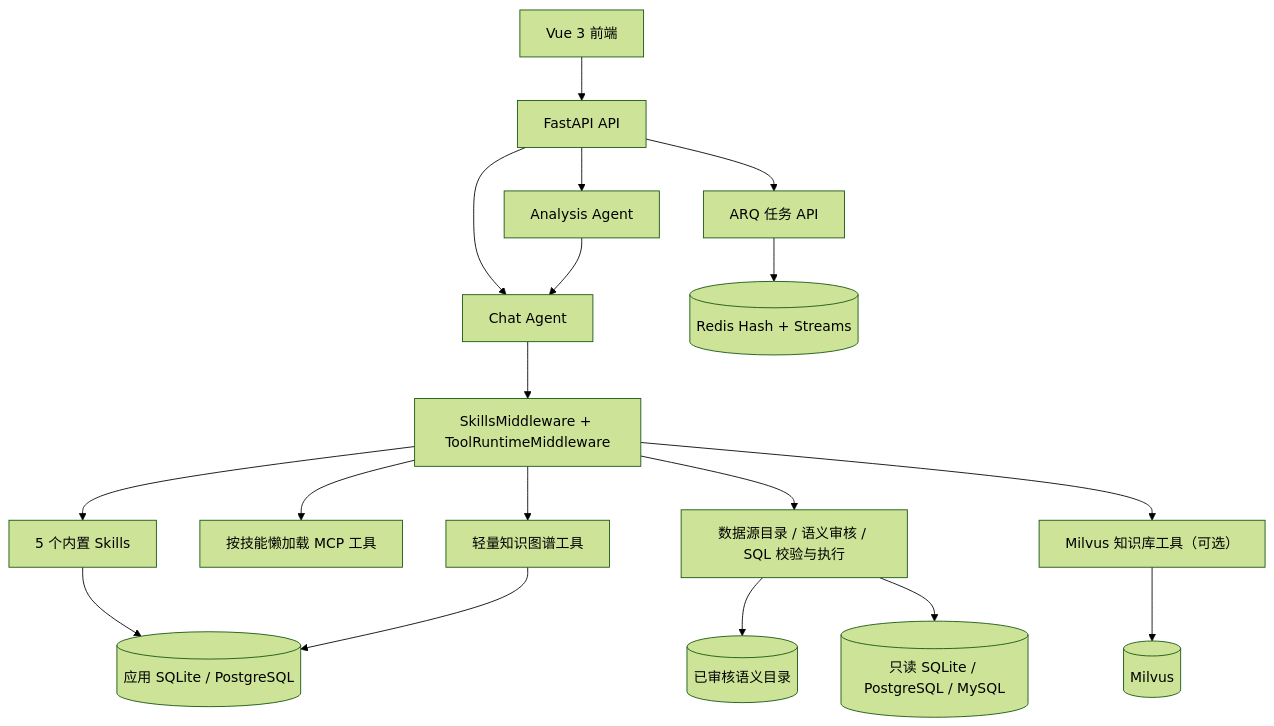
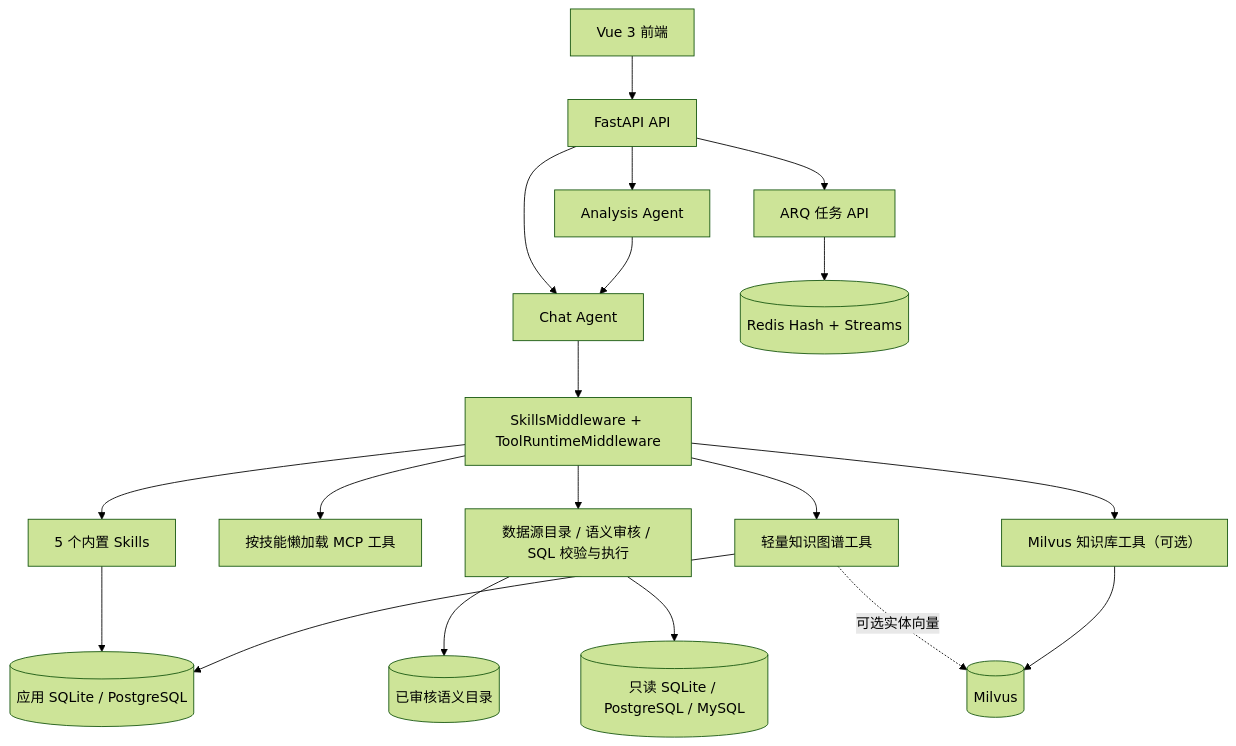
Before and after one commit to ysysn315/data-agent: the diagram in README.md, drawn with Mermaid (forest theme). The commit also changed other lines of this file and 36 other files, not shown here.

Commit message:
feat: 图谱平台化与作用域路径查询

````diff
--- a/README.md
+++ b/README.md
@@ -26,22 +26,23 @@
 ```mermaid
 flowchart TB
     UI["Vue 3 前端"] --> API["FastAPI API"]
     API --> CHAT["Chat Agent"]
     API --> ANALYSIS["Analysis Agent"]
     API --> TASKS["ARQ 任务 API"]
 
     CHAT --> MW["SkillsMiddleware + ToolRuntimeMiddleware"]
     ANALYSIS --> CHAT
     MW --> SKILLS["5 个内置 Skills"]
     MW --> MCP["按技能懒加载 MCP 工具"]
     MW --> SQL["数据源目录 / 语义审核 / SQL 校验与执行"]
     MW --> KB["Milvus 知识库工具（可选）"]
     MW --> GRAPH["轻量知识图谱工具"]
 
     TASKS --> REDIS[("Redis Hash + Streams")]
     SQL --> CATALOG[("已审核语义目录")]
     SQL --> BIZDB[("只读 SQLite / PostgreSQL / MySQL")]
     SKILLS --> APPDB[("应用 SQLite / PostgreSQL")]
     GRAPH --> APPDB
+    GRAPH -. "可选实体向量" .-> MILVUS
     KB --> MILVUS[("Milvus")]
 ```
````
